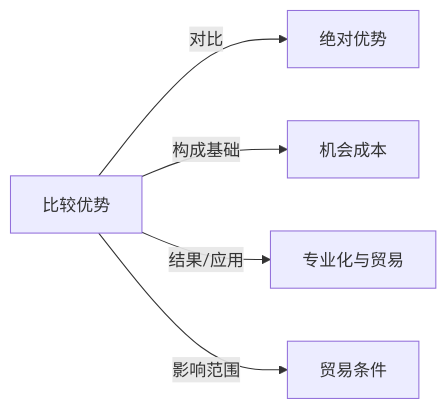
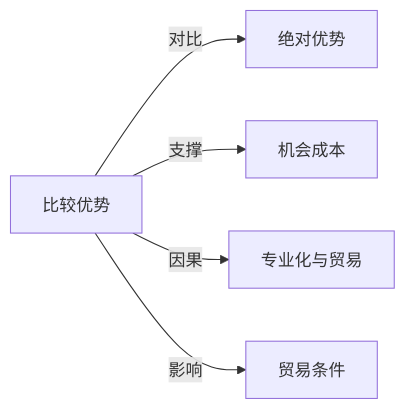
The diagram in Knowledge/Concepts/经济/比较优势.md (KIMMCHOW/MyKnowledge), drawn with Mermaid before and after one commit. The commit also changed 95 other files, not shown here.

Commit message:
reorganize: 统一关系图边标签为11类

````diff
--- a/Knowledge/Concepts/经济/比较优势.md
+++ b/Knowledge/Concepts/经济/比较优势.md
@@ -43,7 +43,7 @@
 ```mermaid
 graph LR
 比较优势 -->|对比| 绝对优势
-比较优势 -->|构成基础| 机会成本
-比较优势 -->|结果/应用| 专业化与贸易
-比较优势 -->|影响范围| 贸易条件
+比较优势 -->|支撑| 机会成本
+比较优势 -->|因果| 专业化与贸易
+比较优势 -->|影响| 贸易条件
 ```
````
